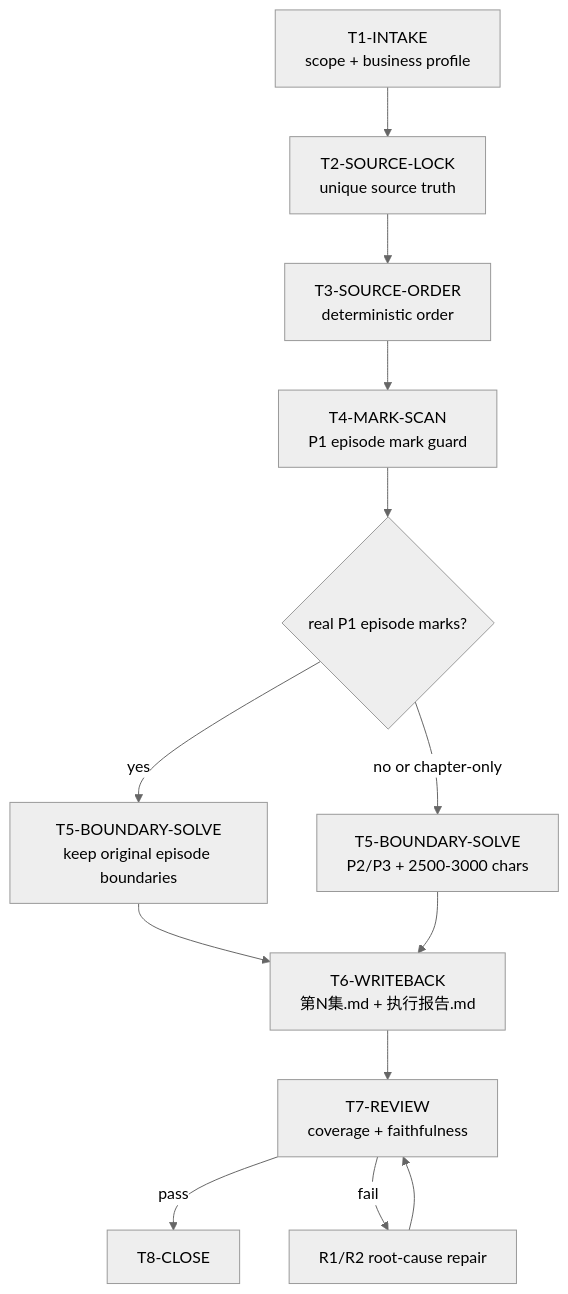
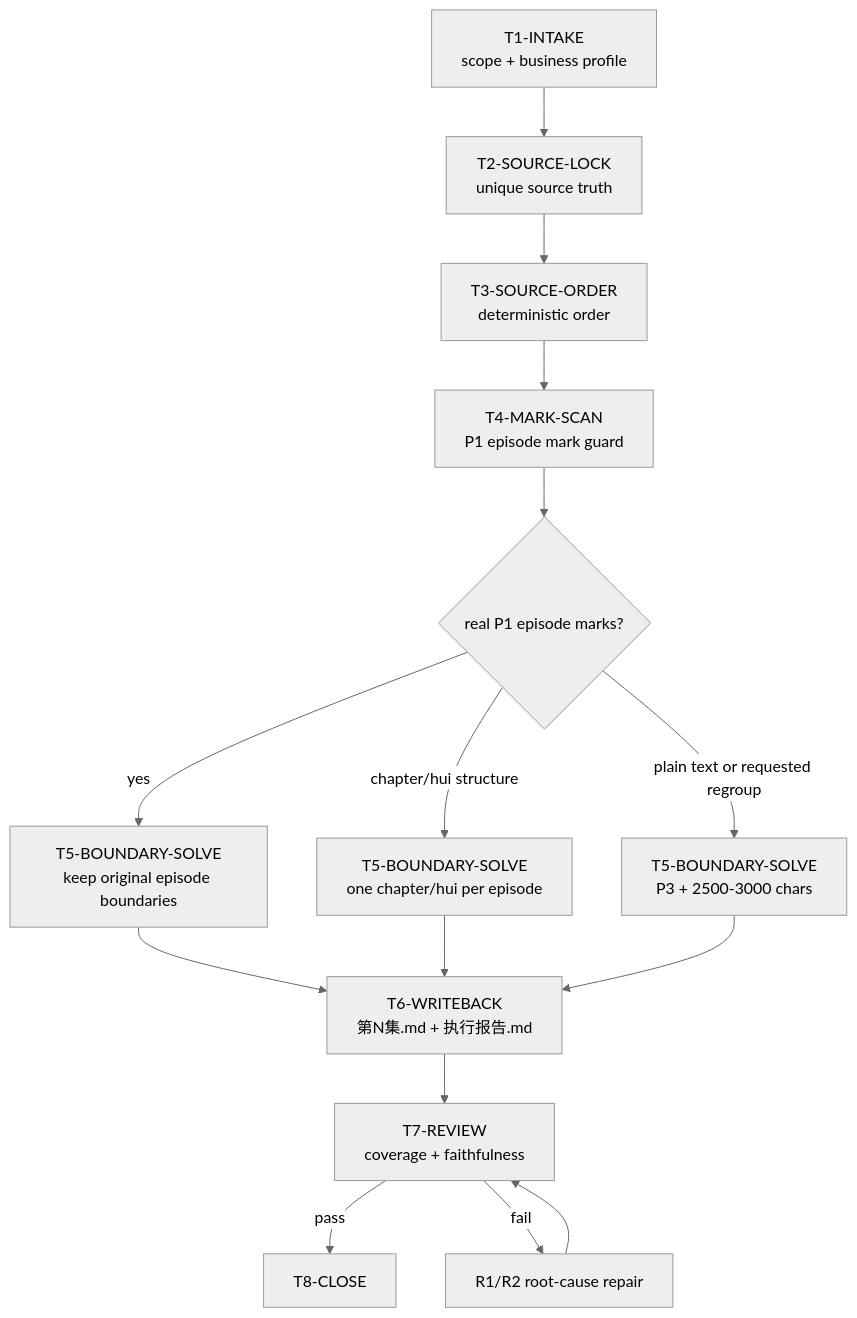
The first of 2 diagrams in .agents/skills/aigc/1-分集/SKILL.md (ZEN-VOID/AI-CUT), drawn with Mermaid (neutral theme) before and after one commit. The commit also changed other lines of this file and 83 other files, not shown here.

````diff
--- a/.agents/skills/aigc/1-分集/SKILL.md
+++ b/.agents/skills/aigc/1-分集/SKILL.md
@@ -116,15 +117,17 @@
 ```mermaid
 flowchart TD
     A["T1-INTAKE<br/>scope + business profile"] --> B["T2-SOURCE-LOCK<br/>unique source truth"]
     B --> C["T3-SOURCE-ORDER<br/>deterministic order"]
     C --> D["T4-MARK-SCAN<br/>P1 episode mark guard"]
     D --> E{"real P1 episode marks?"}
     E -->|"yes"| F["T5-BOUNDARY-SOLVE<br/>keep original episode boundaries"]
-    E -->|"no or chapter-only"| G["T5-BOUNDARY-SOLVE<br/>P2/P3 + 2500-3000 chars"]
+    E -->|"chapter/hui structure"| G["T5-BOUNDARY-SOLVE<br/>one chapter/hui per episode"]
+    E -->|"plain text or requested regroup"| L["T5-BOUNDARY-SOLVE<br/>P3 + 2500-3000 chars"]
     F --> H["T6-WRITEBACK<br/>第N集.md + 执行报告.md"]
     G --> H
+    L --> H
     H --> I["T7-REVIEW<br/>coverage + faithfulness"]
     I -->|"pass"| J["T8-CLOSE"]
     I -->|"fail"| K["R1/R2 root-cause repair"]
     K --> I
 ```
````
